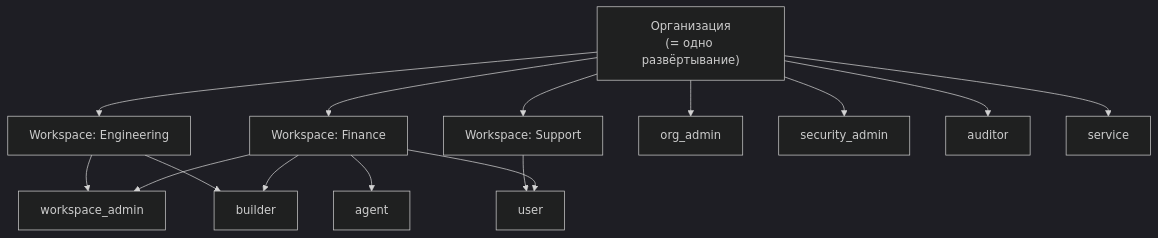
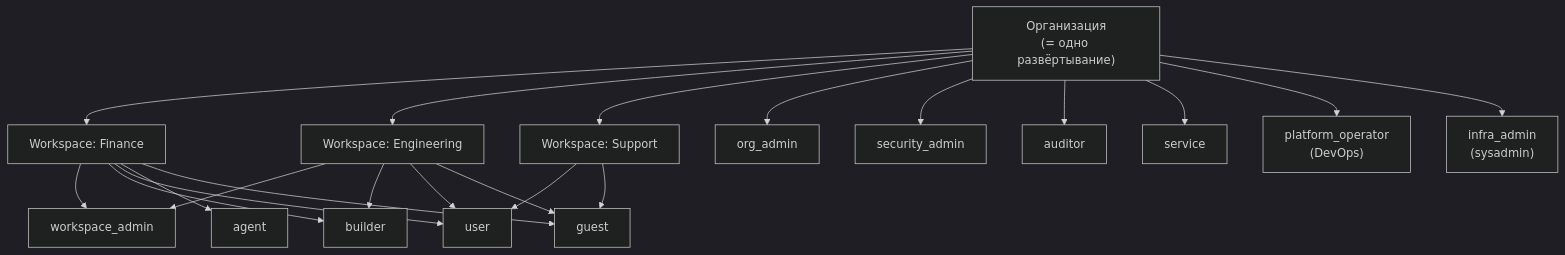
Before and after one commit to Alexeykoh/micro-model-agent: the fourth of 10 diagrams in docs/specs/2026-11-03-enterprise-deployment-design.md, drawn with Mermaid (dark theme). The commit also changed other lines of this file, not shown here.

Commit message:
docs(enterprise): add personas and role scenarios (guest, ops, security, infra)

````diff
--- a/docs/specs/2026-11-03-enterprise-deployment-design.md
+++ b/docs/specs/2026-11-03-enterprise-deployment-design.md
@@ -307,31 +317,40 @@
 ```mermaid
 flowchart TB
   ORG["Организация<br/>(= одно развёртывание)"]
   WS1["Workspace: Finance"]
   WS2["Workspace: Engineering"]
   WS3["Workspace: Support"]
 
   R1["org_admin"]
   R2["security_admin"]
   R3["workspace_admin"]
   R4["builder"]
   R5["user"]
   R6["auditor"]
   R7["service"]
   R8["agent"]
+  R9["guest"]
+  R10["platform_operator<br/>(DevOps)"]
+  R11["infra_admin<br/>(sysadmin)"]
 
   ORG --> WS1
   ORG --> WS2
   ORG --> WS3
   ORG --> R1
   ORG --> R2
   ORG --> R6
+  ORG --> R7
+  ORG --> R10
+  ORG --> R11
   WS1 --> R3
   WS1 --> R4
   WS1 --> R5
+  WS1 --> R8
+  WS1 --> R9
   WS2 --> R3
   WS2 --> R4
+  WS2 --> R5
+  WS2 --> R9
   WS3 --> R5
-  ORG --> R7
-  WS1 --> R8
+  WS3 --> R9
 ```
````
